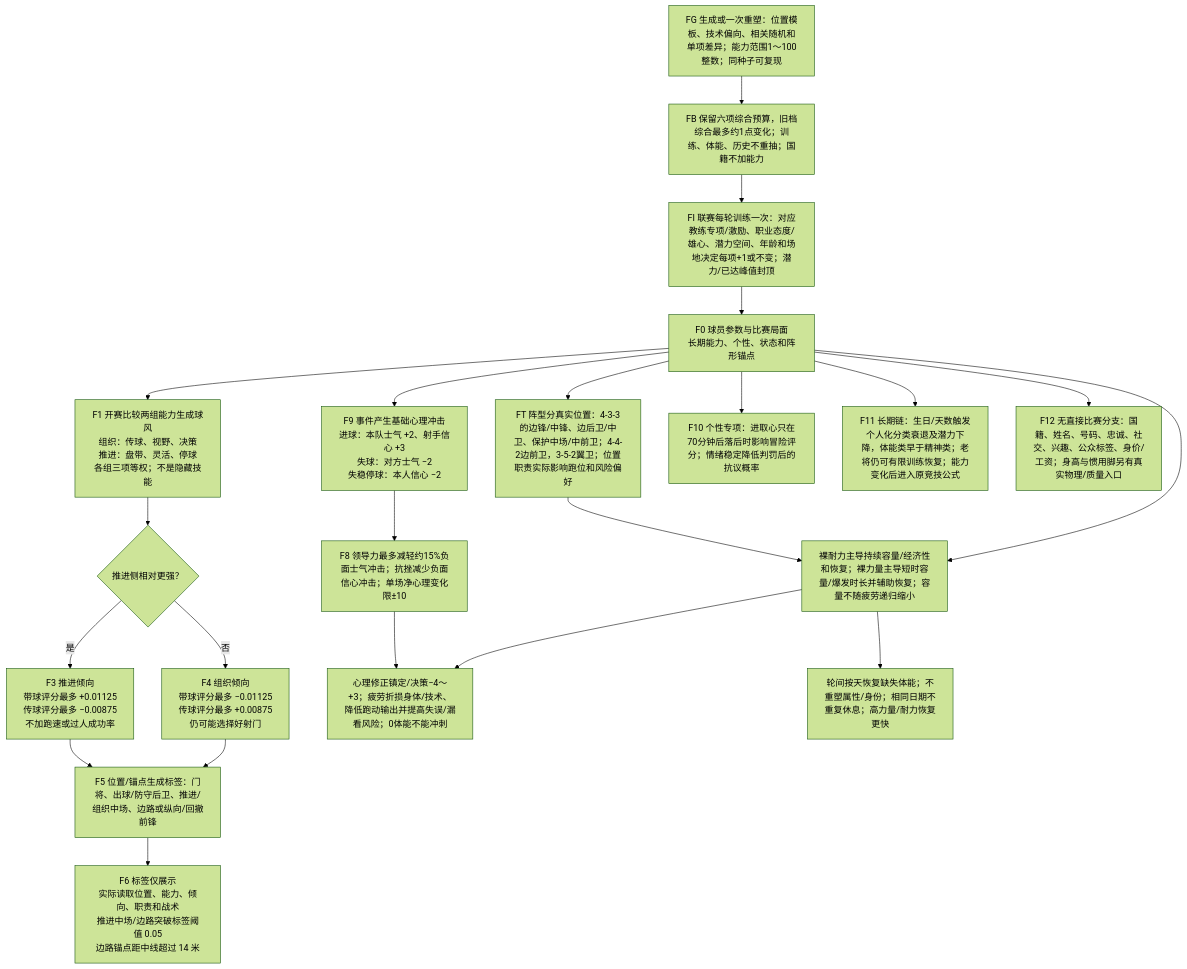
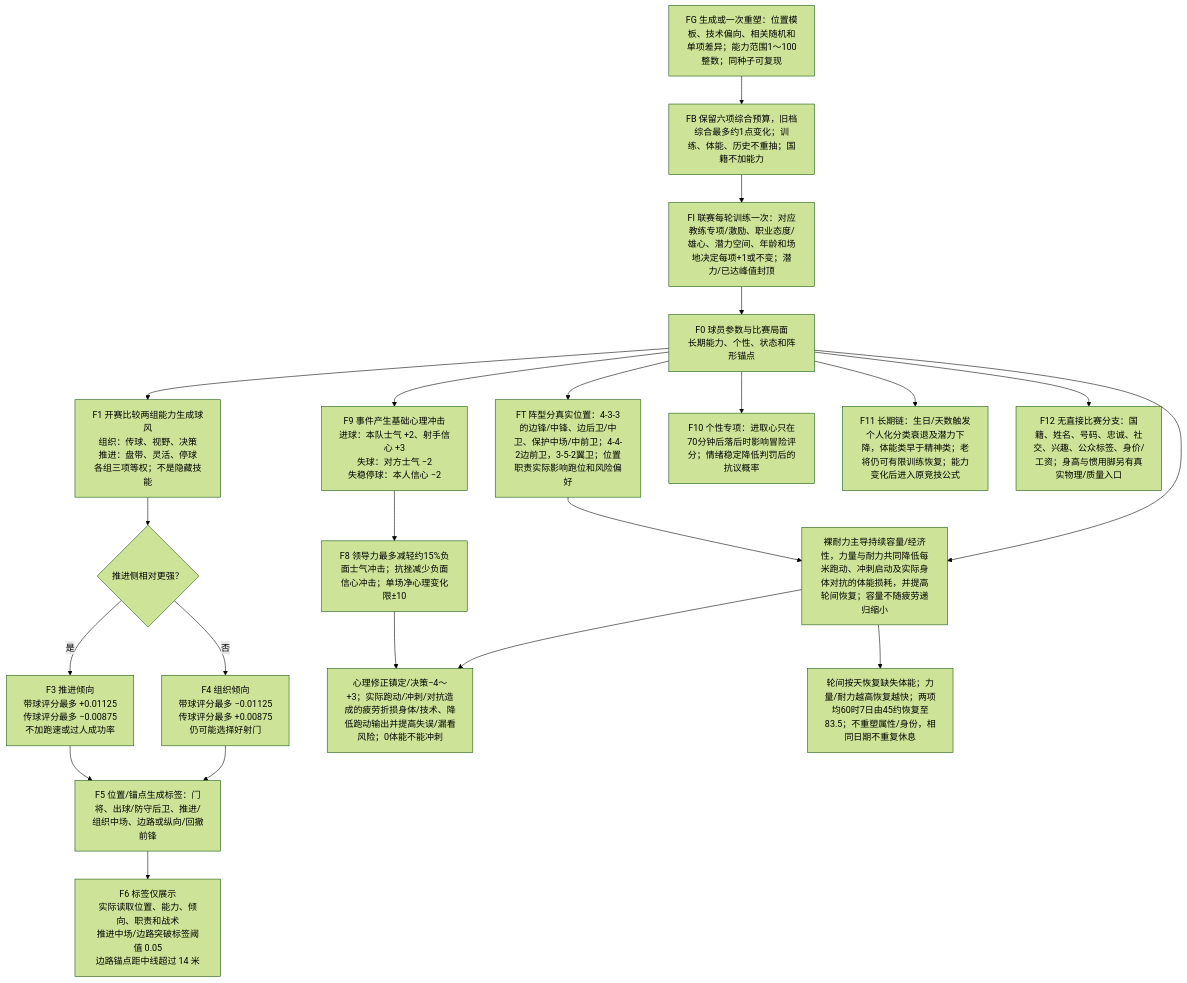
One commit to sixu3575/touchline-manager changed the sixth of 7 diagrams in packages/shared/modules/matches/design/PLAYER_DECISION_MAP.md. Above: the diagram before and after it, drawn with Mermaid (forest theme). The commit also changed other lines of this file and 18 other files, not shown here.

````diff
--- a/packages/shared/modules/matches/design/PLAYER_DECISION_MAP.md
+++ b/packages/shared/modules/matches/design/PLAYER_DECISION_MAP.md
@@ -245,24 +245,24 @@
 ```mermaid
 flowchart TD
   FG["FG 生成或一次重塑：位置模板、技术偏向、相关随机和单项差异；能力范围1～100整数；同种子可复现"] --> FB["FB 保留六项综合预算，旧档综合最多约1点变化；训练、体能、历史不重抽；国籍不加能力"]
   FB --> FI["FI 联赛每轮训练一次：对应教练专项/激励、职业态度/雄心、潜力空间、年龄和场地决定每项+1或不变；潜力/已达峰值封顶"]
   FI --> F0
   F0["F0 球员参数与比赛局面<br/>长期能力、个性、状态和阵形锚点"] --> F1["F1 开赛比较两组能力生成球风<br/>组织：传球、视野、决策<br/>推进：盘带、灵活、停球<br/>各组三项等权；不是隐藏技能"]
   F1 --> F2{"推进侧相对更强？"}
   F2 -->|是| F3["F3 推进倾向<br/>带球评分最多 +0.01125<br/>传球评分最多 −0.00875<br/>不加跑速或过人成功率"]
   F2 -->|否| F4["F4 组织倾向<br/>带球评分最多 −0.01125<br/>传球评分最多 +0.00875<br/>仍可能选择好射门"]
   F3 --> F5["F5 位置/锚点生成标签：门将、出球/防守后卫、推进/组织中场、边路或纵向/回撤前锋"]
   F4 --> F5
   F5 --> F6["F6 标签仅展示<br/>实际读取位置、能力、倾向、职责和战术<br/>推进中场/边路突破标签阈值 0.05<br/>边路锚点距中线超过 14 米"]
   F0 --> FT["FT 阵型分真实位置：4-3-3的边锋/中锋、边后卫/中卫、保护中场/中前卫；4-4-2边前卫，3-5-2翼卫；位置职责实际影响跑位和风险偏好"]
   FT --> FP["FP 战术决定配合职责与候选收益；能力决定能否及时到位、技术质量与个人选择；球风标签仍不提供额外能力"]
   F0 --> F9["F9 事件产生基础心理冲击<br/>进球：本队士气 +2、射手信心 +3<br/>失球：对方士气 −2<br/>失稳停球：本人信心 −2"]
   F9 --> F8["F8 领导力最多减轻约15%负面士气冲击；抗挫减少负面信心冲击；单场净心理变化限±10"]
-  F8 --> F7["心理修正镇定/决策−4～+3；疲劳折损身体/技术、降低跑动输出并提高失误/漏看风险；0体能不能冲刺"]
-  F0 --> FP["裸耐力主导持续容量/经济性和恢复；裸力量主导短时容量/爆发时长并辅助恢复；容量不随疲劳递归缩小"]
+  F8 --> F7["心理修正镇定/决策−4～+3；实际跑动/冲刺/对抗造成的疲劳折损身体/技术、降低跑动输出并提高失误/漏看风险；0体能不能冲刺"]
+  F0 --> FP["裸耐力主导持续容量/经济性，力量与耐力共同降低每米跑动、冲刺启动及实际身体对抗的体能损耗，并提高轮间恢复；容量不随疲劳递归缩小"]
   FP --> F7
-  FP --> FR["轮间按天恢复缺失体能；不重塑属性/身份；相同日期不重复休息；高力量/耐力恢复更快"]
+  FP --> FR["轮间按天恢复缺失体能；力量/耐力越高恢复越快；两项均60时7日由45约恢复至83.5；不重塑属性/身份，相同日期不重复休息"]
   F0 --> F10["F10 个性专项：进取心只在70分钟后落后时影响冒险评分；情绪稳定降低判罚后的抗议概率"]
   F0 --> F11["F11 长期链：生日/天数触发个人化分类衰退及潜力下降，体能类早于精神类；老将仍可有限训练恢复；能力变化后进入原竞技公式"]
   F0 --> F12["F12 无直接比赛分支：国籍、姓名、号码、忠诚、社交、兴趣、公众标签、身价/工资；身高与惯用脚另有真实物理/质量入口"]
 ```
````
